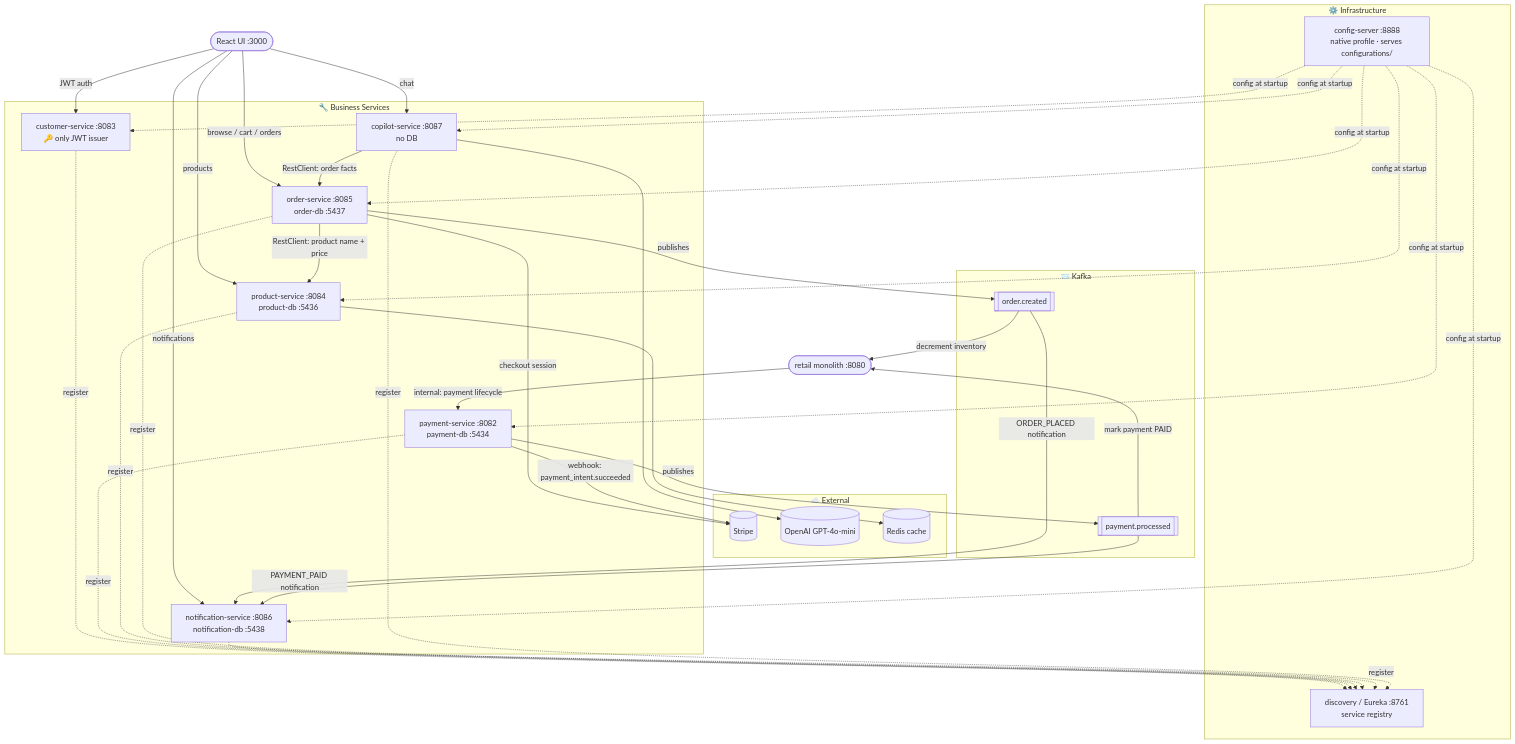
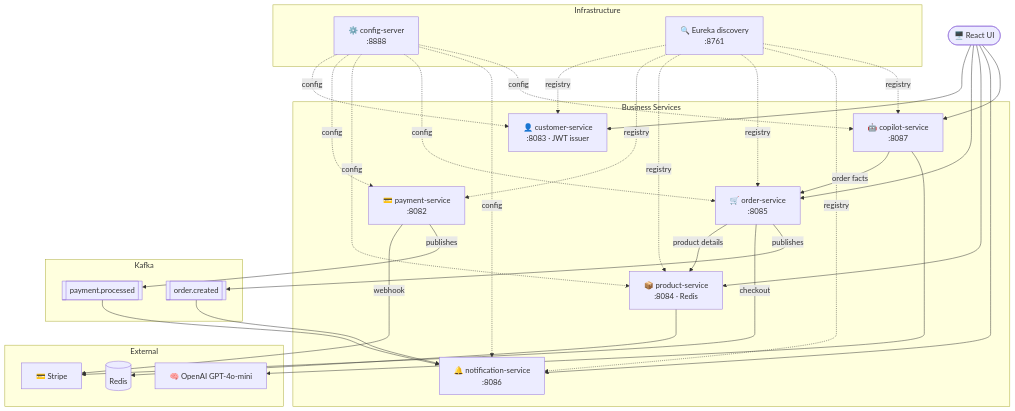
Before and after one commit to suissitakwa/retail-microservices: the diagram in README.md, drawn with Mermaid. The commit also changed 4 other files, not shown here.

Commit message:
simplify architecture diagram, add product-service tests, fix docker-compose interpolation

````diff
--- a/README.md
+++ b/README.md
@@ -67,64 +67,51 @@
 ```mermaid
-graph TB
-    UI([React UI :3000])
-    MON([retail monolith :8080])
+graph TD
+    UI([🖥️ React UI])
 
-    subgraph infra["⚙️ Infrastructure"]
-        CFG[config-server :8888\nnative profile · serves configurations/]
-        EUR[discovery / Eureka :8761\nservice registry]
+    subgraph infra["Infrastructure"]
+        CFG["⚙️ config-server\n:8888"]
+        EUR["🔍 Eureka discovery\n:8761"]
     end
 
-    subgraph svc["🔧 Business Services"]
-        CUST[customer-service :8083\n🔑 only JWT issuer]
-        PAY[payment-service :8082\npayment-db :5434]
-        PROD[product-service :8084\nproduct-db :5436]
-        ORD[order-service :8085\norder-db :5437]
-        NOTIF[notification-service :8086\nnotification-db :5438]
-        COP[copilot-service :8087\nno DB]
+    subgraph services["Business Services"]
+        CUST["👤 customer-service\n:8083 · JWT issuer"]
+        PAY["💳 payment-service\n:8082"]
+        PROD["📦 product-service\n:8084 · Redis"]
+        ORD["🛒 order-service\n:8085"]
+        NOTIF["🔔 notification-service\n:8086"]
+        COP["🤖 copilot-service\n:8087"]
     end
 
-    subgraph ext["☁️ External"]
-        STRIPE[(Stripe)]
-        OPENAI[(OpenAI GPT-4o-mini)]
-        REDIS[(Redis cache)]
+    subgraph messaging["Kafka"]
+        OC[["order.created"]]
+        PP[["payment.processed"]]
     end
 
-    subgraph kafka["📨 Kafka"]
-        OC[[order.created]]
-        PP[[payment.processed]]
+    subgraph external["External"]
+        STRIPE["💳 Stripe"]
+        OPENAI["🧠 OpenAI GPT-4o-mini"]
+        REDIS[("Redis")]
     end
 
-    %% Config distribution
-    CFG -.->|config at startup| CUST & PAY & PROD & ORD & NOTIF & COP
+    CFG -.->|config| CUST & PAY & PROD & ORD & NOTIF & COP
+    EUR -.->|registry| CUST & PAY & PROD & ORD & NOTIF & COP
 
-    %% Service registration
-    CUST & PAY & PROD & ORD & NOTIF & COP -.->|register| EUR
+    UI --> CUST
+    UI --> ORD
+    UI --> PROD
+    UI --> NOTIF
+    UI --> COP
 
-    %% Client → service
-    UI -->|JWT auth| CUST
-    UI -->|browse / cart / orders| ORD
-    UI -->|products| PROD
-    UI -->|notifications| NOTIF
-    UI -->|chat| COP
+    ORD -->|product details| PROD
+    COP -->|order facts| ORD
 
-    %% Inter-service (sync)
-    ORD -->|RestClient: product name + price| PROD
-    COP -->|RestClient: order facts| ORD
-    MON -->|internal: payment lifecycle| PAY
+    ORD -->|checkout| STRIPE
+    PAY -->|webhook| STRIPE
+    COP --> OPENAI
+    PROD --> REDIS
 
-    %% Kafka publish
     ORD -->|publishes| OC
     PAY -->|publishes| PP
-
-    %% Kafka consume
-    OC -->|ORDER_PLACED notification| NOTIF
-    OC -->|decrement inventory| MON
-    PP -->|PAYMENT_PAID notification| NOTIF
-    PP -->|mark payment PAID| MON
-
-    %% External
-    ORD -->|checkout session| STRIPE
-    PAY -->|webhook: payment_intent.succeeded| STRIPE
-    COP --> OPENAI
-    PROD --> REDIS
+    OC --> NOTIF
+    PP --> NOTIF
 ```
````
